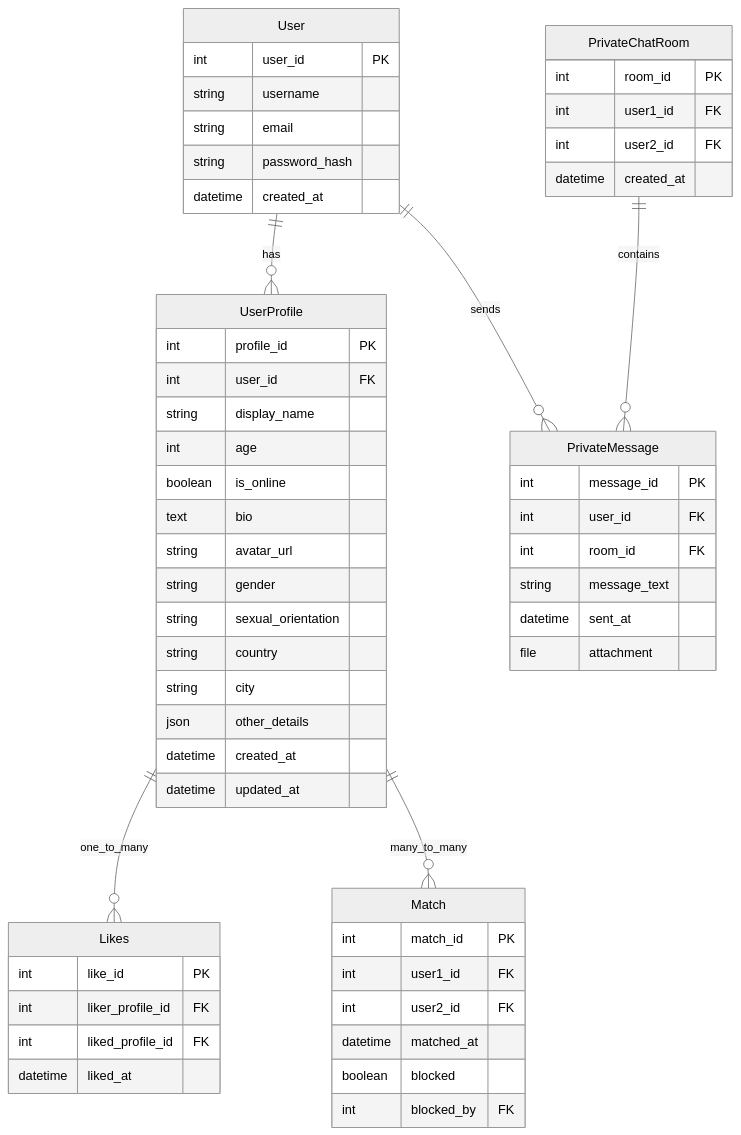
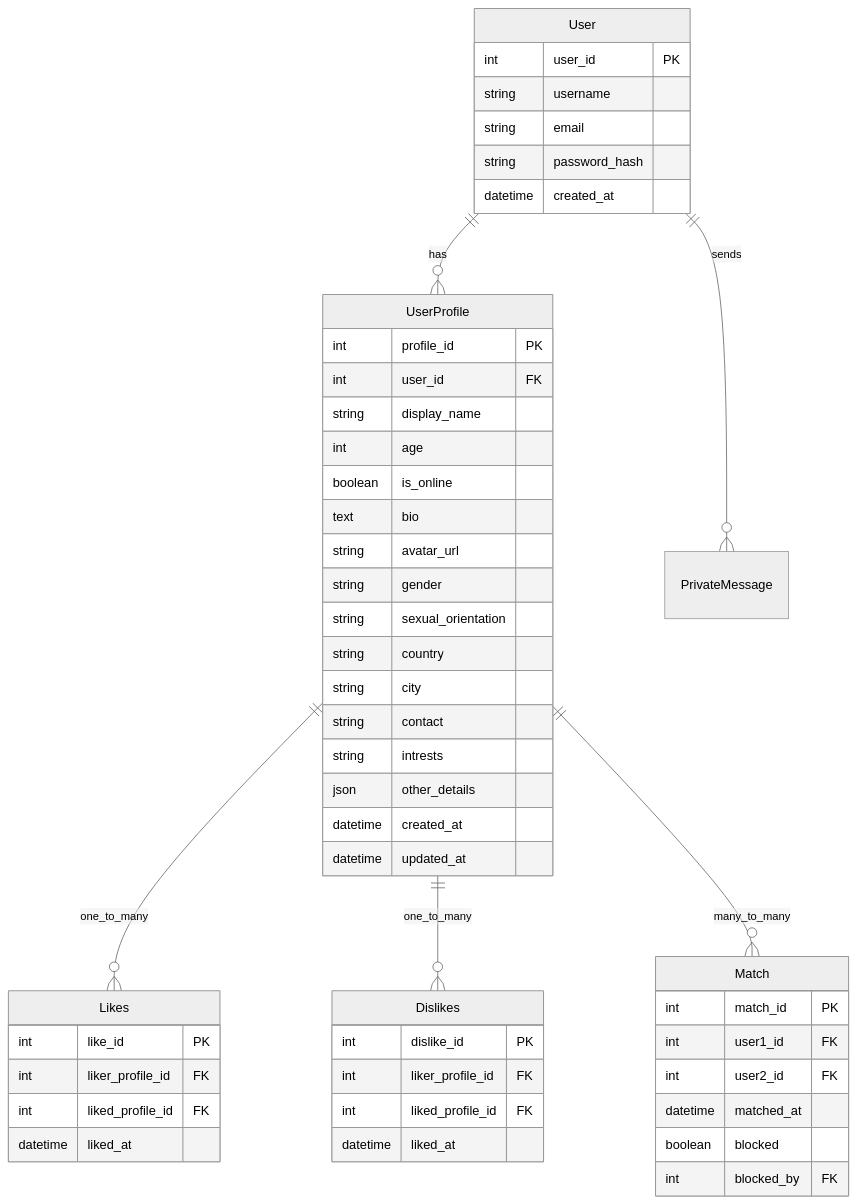
Before and after one commit to dimitri-edel/team-5: the diagram in README.md, drawn with Mermaid (neutral theme). The commit also changed 43 other files, not shown here.

````diff
--- a/README.md
+++ b/README.md
@@ -60,62 +60,57 @@
 ```mermaid
 erDiagram
     User {
         int user_id PK
         string username
         string email
         string password_hash
         datetime created_at
     }
     UserProfile {
         int profile_id PK
         int user_id FK
         string display_name
         int age
         boolean is_online
         text bio
         string avatar_url
         string gender
         string sexual_orientation
         string country
         string city
+        string contact
+        string intrests
         json other_details
         datetime created_at
         datetime updated_at
     }
-    PrivateChatRoom {
-        int room_id PK
-        int user1_id FK
-        int user2_id FK
-        datetime created_at
-    }    
-    PrivateMessage {
-        int message_id PK
-        int user_id FK
-        int room_id FK
-        string message_text
-        datetime sent_at
-        file attachment 
-    }   
     Match {
         int match_id PK
         int user1_id FK
         int user2_id FK
         datetime matched_at
         boolean blocked
         int blocked_by FK
     }
     %% blocked_by: user_id of the user who initiated the block
     
     Likes {
         int like_id PK
         int liker_profile_id FK
         int liked_profile_id FK
         datetime liked_at
     }
 
+    Dislikes {
+        int dislike_id PK
+        int liker_profile_id FK
+        int liked_profile_id FK
+        datetime liked_at
+    }
+
     User ||--o{ UserProfile : has
     User ||--o{ PrivateMessage : sends
-    PrivateChatRoom ||--o{ PrivateMessage : contains
     UserProfile ||--o{ Likes : one_to_many
-    UserProfile ||--o{ Match : many_to_many
+     UserProfile ||--o{ Dislikes : one_to_many
+    UserProfile ||--o{ Match : many_to_many   
 ```
````
